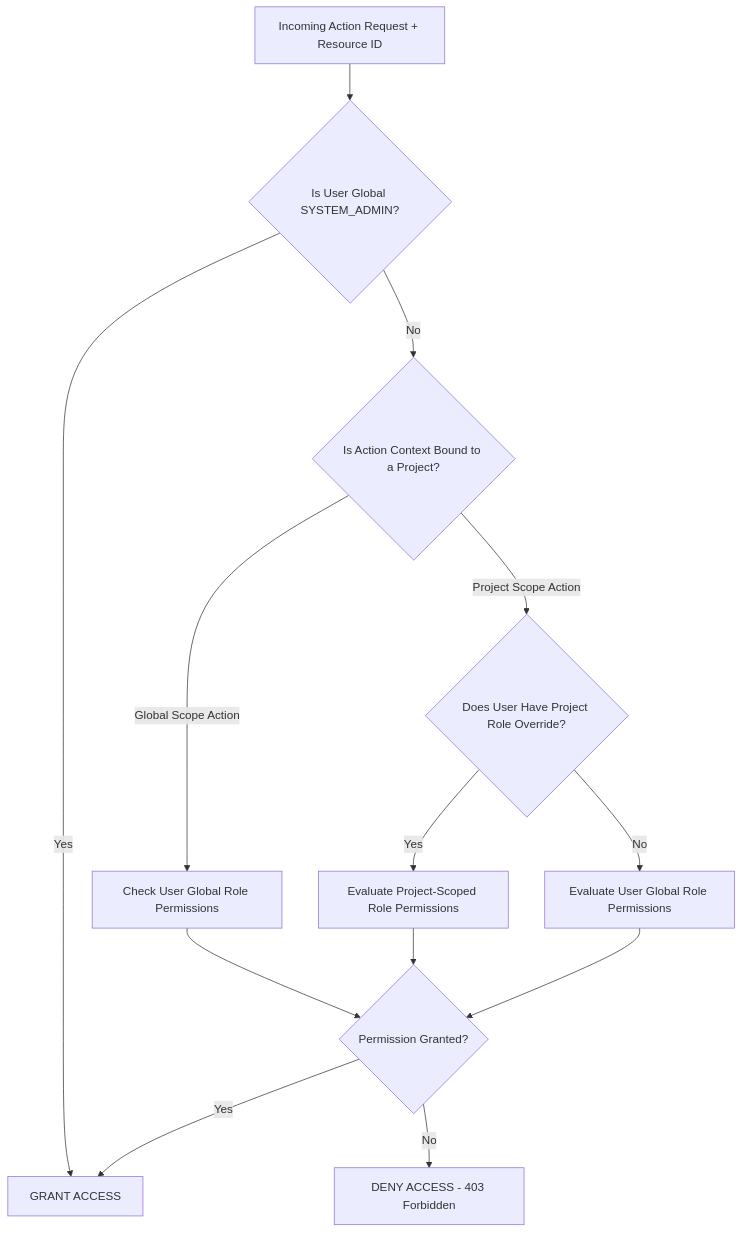
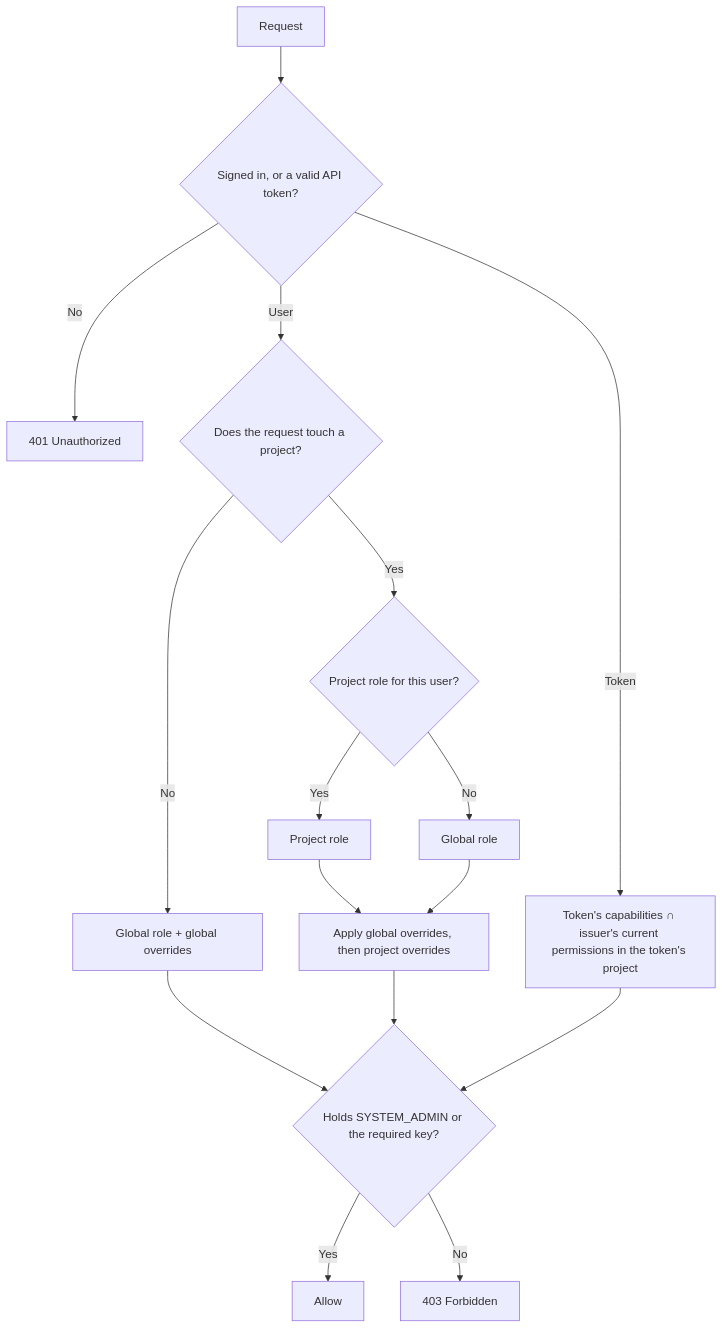
One commit to ElliotNewtonMiller/Testify changed the first of 4 diagrams in docs/rfc_04_rbac_security_matrix.md. Above: the diagram before and after it, drawn with Mermaid. The commit also changed other lines of this file and 16 other files, not shown here.

````diff
--- a/docs/rfc_04_rbac_security_matrix.md
+++ b/docs/rfc_04_rbac_security_matrix.md
@@ -114,15 +104,18 @@
 ```mermaid
 flowchart TD
-    A[Incoming Action Request + Resource ID] --> B{Is User Global SYSTEM_ADMIN?}
-    B -- Yes --> C[GRANT ACCESS]
-    B -- No --> D{Is Action Context Bound to a Project?}
-    D -- Global Scope Action --> E[Check User Global Role Permissions]
-    D -- Project Scope Action --> F{Does User Have Project Role Override?}
-    F -- Yes --> G[Evaluate Project-Scoped Role Permissions]
-    F -- No --> H[Evaluate User Global Role Permissions]
-    E --> I{Permission Granted?}
-    G --> I
-    H --> I
-    I -- Yes --> C
-    I -- No --> J[DENY ACCESS - 403 Forbidden]
+    A[Request] --> B{Signed in, or a valid API token?}
+    B -- No --> X[401 Unauthorized]
+    B -- Token --> T[Token's capabilities ∩ issuer's current permissions in the token's project]
+    B -- User --> P{Does the request touch a project?}
+    P -- No --> G[Global role + global overrides]
+    P -- Yes --> R{Project role for this user?}
+    R -- Yes --> PR[Project role]
+    R -- No --> GR[Global role]
+    PR --> O[Apply global overrides, then project overrides]
+    GR --> O
+    G --> C
+    O --> C{Holds SYSTEM_ADMIN or the required key?}
+    T --> C
+    C -- Yes --> OK[Allow]
+    C -- No --> D[403 Forbidden]
 ```
````
